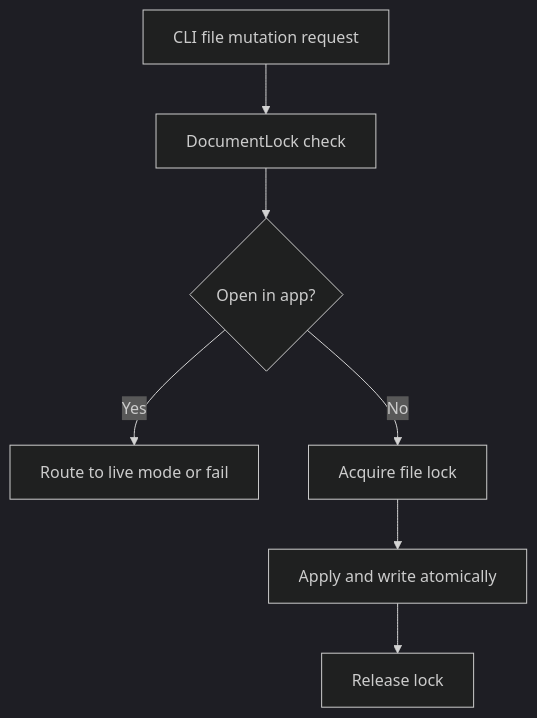
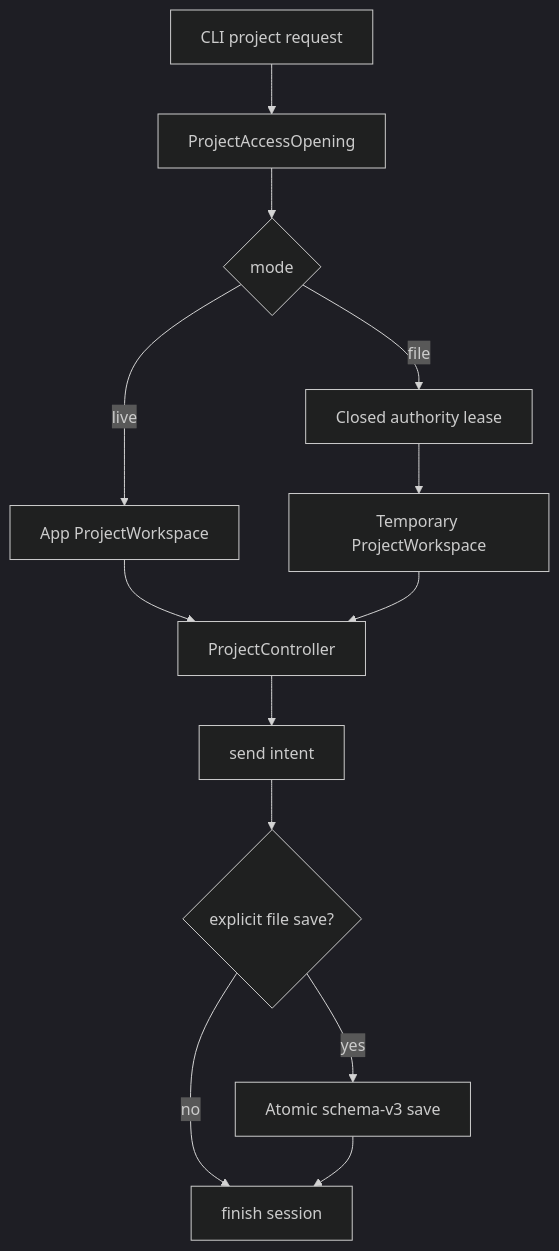
One commit to 1amageek/Rupa changed diagram 26 of 26 in Rupa/SPEC.md. Above: the diagram before and after it, drawn with Mermaid (dark theme). The commit also changed other lines of this file and 114 other files, not shown here.

Commit message:
Route CLI through project access

````diff
--- a/Rupa/SPEC.md
+++ b/Rupa/SPEC.md
@@ -1465,9 +1435,15 @@
 ```mermaid
 flowchart TD
-    Request["CLI file mutation request"] --> Check["DocumentLock check"]
-    Check --> Open{"Open in app?"}
-    Open -->|Yes| Route["Route to live mode or fail"]
-    Open -->|No| Acquire["Acquire file lock"]
-    Acquire --> Mutate["Apply and write atomically"]
-    Mutate --> Release["Release lock"]
+    Request["CLI project request"] --> Access["ProjectAccessOpening"]
+    Access --> Live{"mode"}
+    Live -->|live| Workspace["App ProjectWorkspace"]
+    Live -->|file| Acquire["Closed authority lease"]
+    Acquire --> Temporary["Temporary ProjectWorkspace"]
+    Workspace --> Controller["ProjectController"]
+    Temporary --> Controller
+    Controller --> Send["send intent"]
+    Send --> Save{"explicit file save?"}
+    Save -->|yes| Atomic["Atomic schema-v3 save"]
+    Save -->|no| Finish["finish session"]
+    Atomic --> Finish
 ```
````
